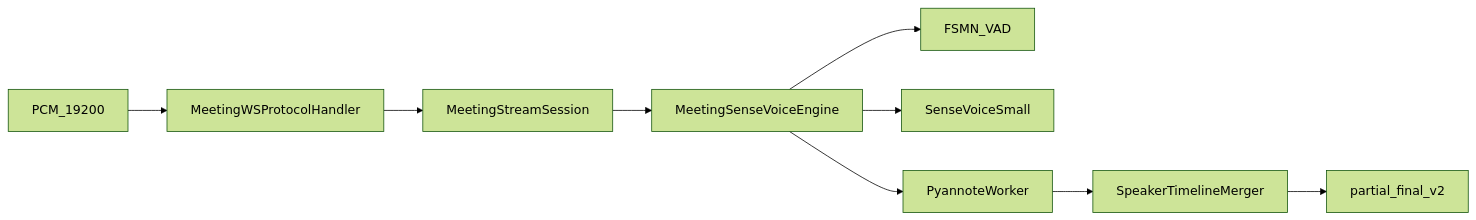
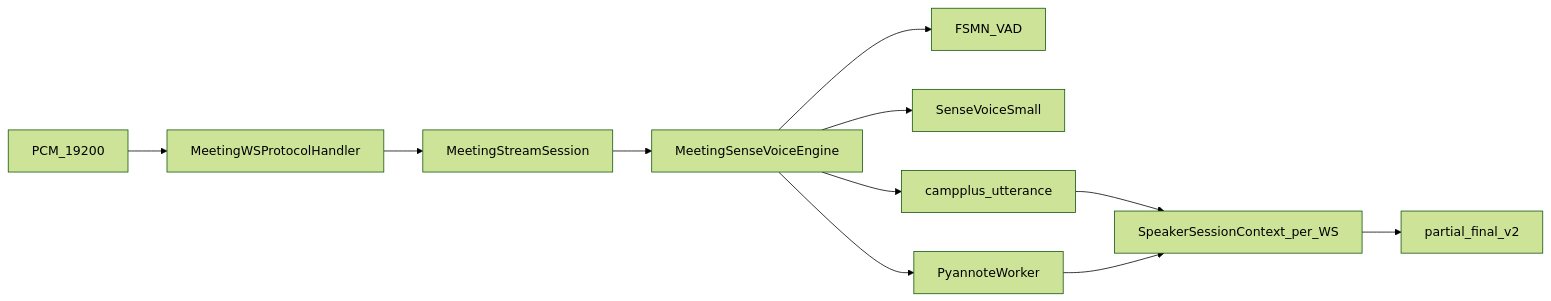
The diagram in doc/meeting/架构与数据流.md (zhao1425493031/FunASRVoiceToText), drawn with Mermaid (forest theme) before and after one commit. The commit also changed other lines of this file and 20 other files, not shown here.

````diff
--- a/doc/meeting/架构与数据流.md
+++ b/doc/meeting/架构与数据流.md
@@ -14,11 +14,13 @@
 ```mermaid
 flowchart LR
   PCM[PCM_19200] --> Handler[MeetingWSProtocolHandler]
   Handler --> Session[MeetingStreamSession]
   Session --> Engine[MeetingSenseVoiceEngine]
   Engine --> VAD[FSMN_VAD]
   Engine --> SV[SenseVoiceSmall]
+  Engine --> Embed[campplus_utterance]
   Engine --> Pyannote[PyannoteWorker]
-  Pyannote --> Merge[SpeakerTimelineMerger]
-  Merge --> V2[partial_final_v2]
+  Embed --> Ctx[SpeakerSessionContext_per_WS]
+  Pyannote --> Ctx
+  Ctx --> V2[partial_final_v2]
 ```
````
